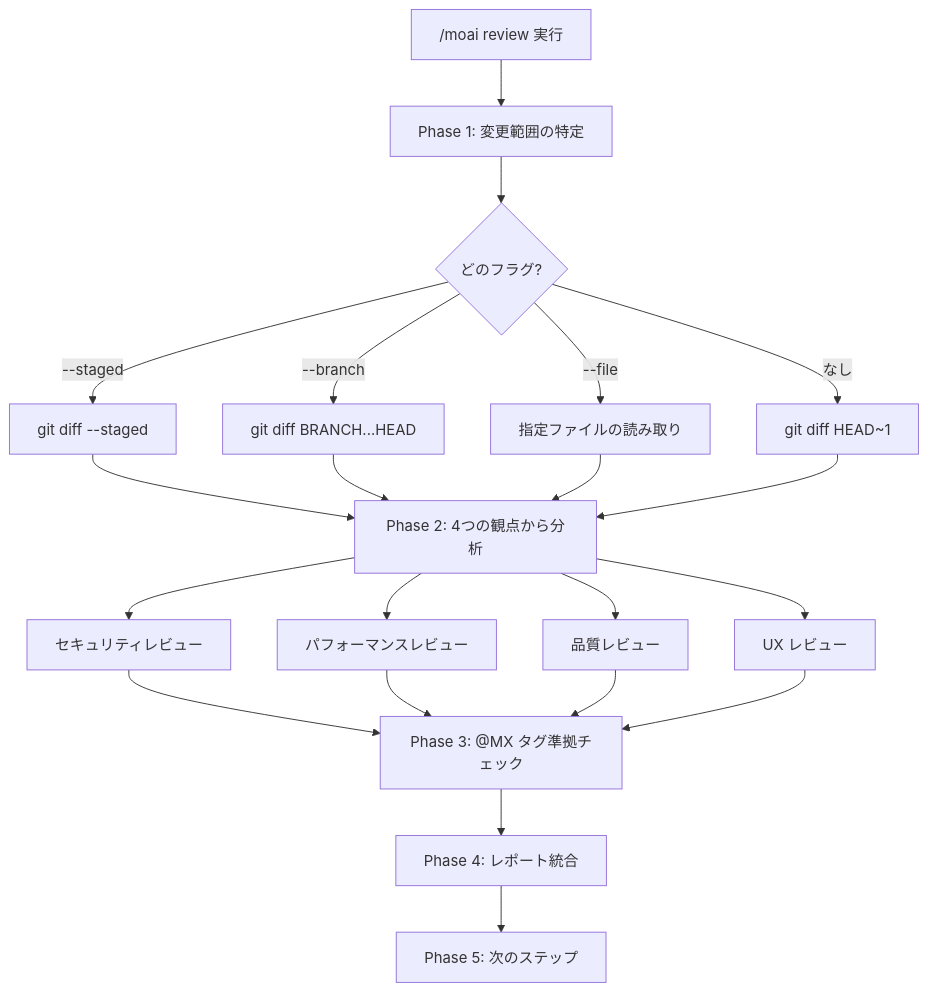
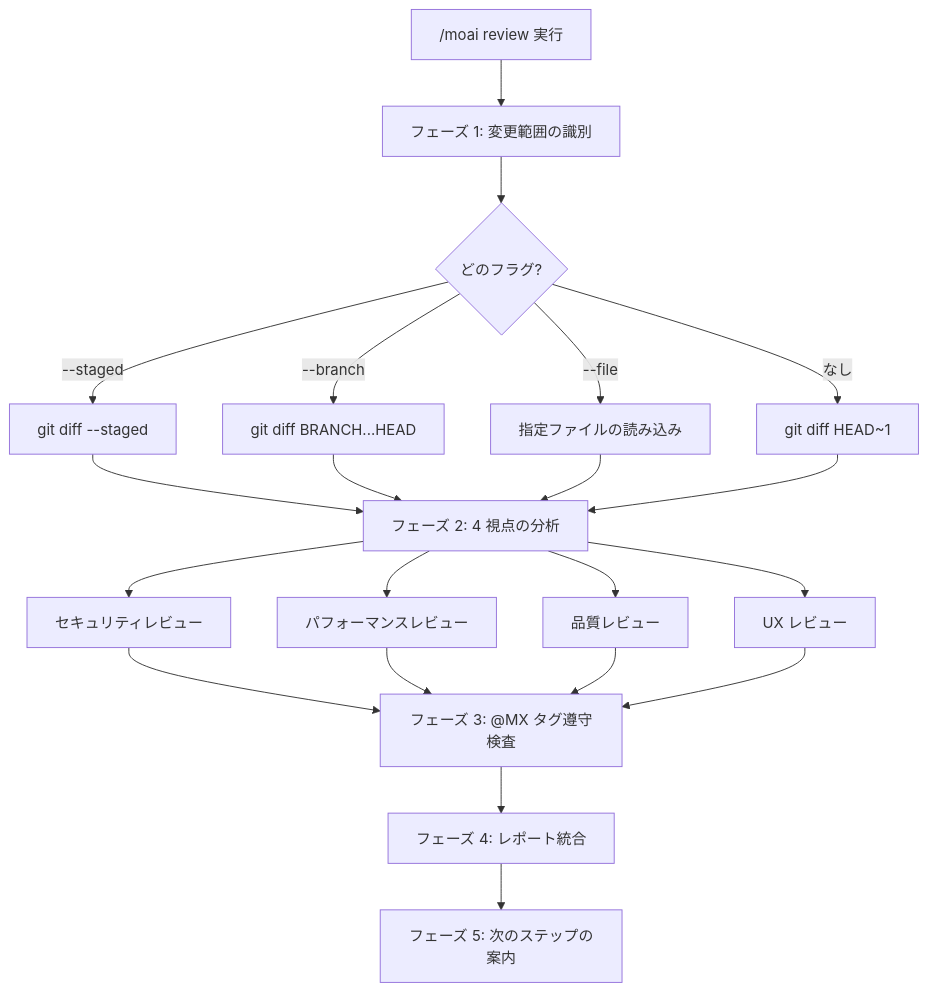
The first of 2 diagrams in docs-site/content/ja/quality-commands/moai-review.md (modu-ai/moai-adk), drawn with Mermaid before and after one commit. The commit also changed other lines of this file and 395 other files, not shown here.

````diff
--- a/docs-site/content/ja/quality-commands/moai-review.md
+++ b/docs-site/content/ja/quality-commands/moai-review.md
@@ -85,28 +85,28 @@
 ```mermaid
 flowchart TD
-    Start["/moai review 実行"] --> Phase1["Phase 1: 変更範囲の特定"]
+    Start["/moai review 実行"] --> Phase1["フェーズ 1: 変更範囲の識別"]
 
     Phase1 --> Scope{"どのフラグ?"}
     Scope -->|--staged| Staged["git diff --staged"]
     Scope -->|--branch| Branch["git diff BRANCH...HEAD"]
-    Scope -->|--file| File["指定ファイルの読み取り"]
+    Scope -->|--file| File["指定ファイルの読み込み"]
     Scope -->|なし| Recent["git diff HEAD~1"]
 
-    Staged --> Phase2["Phase 2: 4つの観点から分析"]
+    Staged --> Phase2["フェーズ 2: 4 視点の分析"]
     Branch --> Phase2
     File --> Phase2
     Recent --> Phase2
 
     Phase2 --> Security["セキュリティレビュー"]
     Phase2 --> Performance["パフォーマンスレビュー"]
     Phase2 --> Quality["品質レビュー"]
     Phase2 --> UX["UX レビュー"]
 
-    Security --> Phase3["Phase 3: @MX タグ準拠チェック"]
+    Security --> Phase3["フェーズ 3: @MX タグ遵守検査"]
     Performance --> Phase3
     Quality --> Phase3
     UX --> Phase3
 
-    Phase3 --> Phase4["Phase 4: レポート統合"]
-    Phase4 --> Phase5["Phase 5: 次のステップ"]
+    Phase3 --> Phase4["フェーズ 4: レポート統合"]
+    Phase4 --> Phase5["フェーズ 5: 次のステップの案内"]
 ```
````
